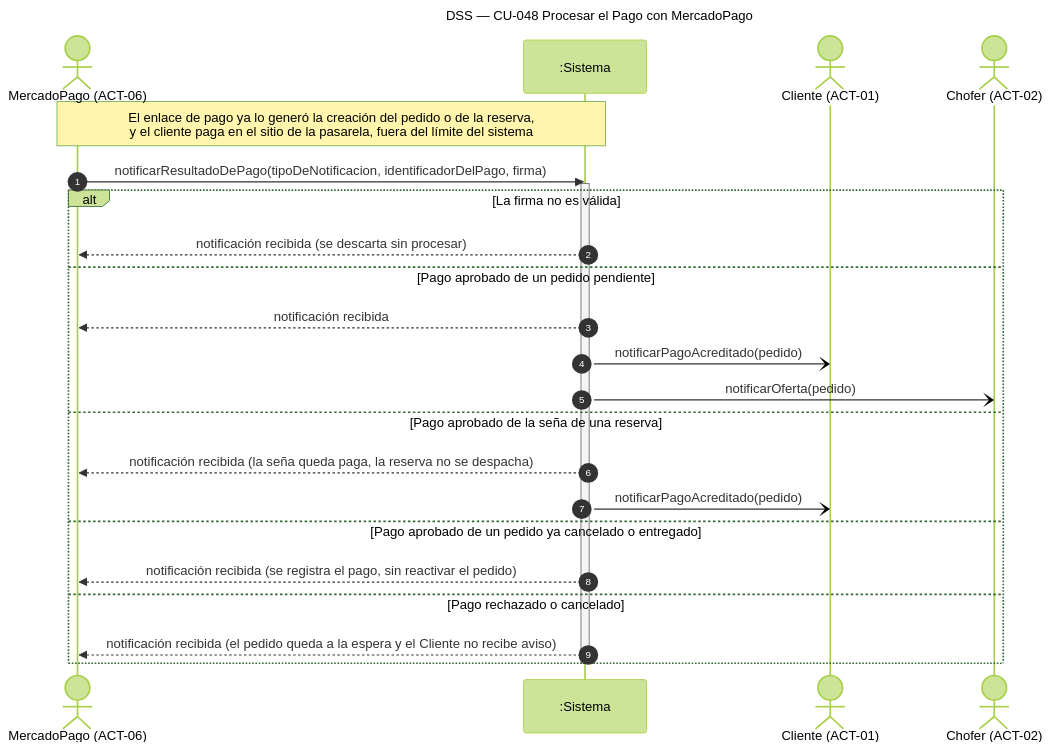
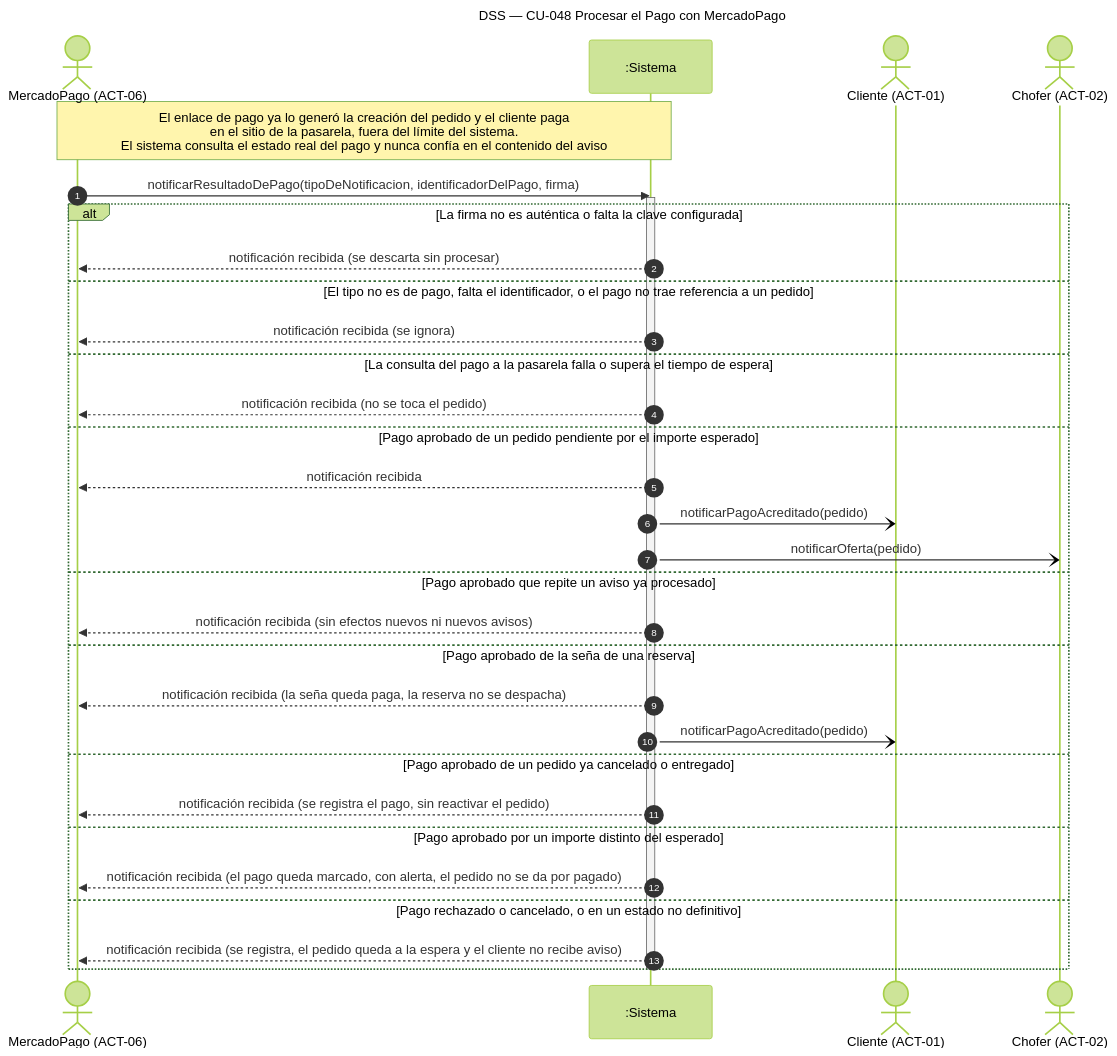
The diagram in diagramas/DSS_CU-048_Procesar-el-Pago-con-MercadoPago.mmd (Nahuelito-Dev/splg-docs), drawn with Mermaid (forest theme) before and after one commit. The commit also changed 65 other files, not shown here.

Commit message:
docs(catedra): Documento 2 de Análisis según la plantilla, con los 21 casos de uso esenciales y el comportamiento de los 10 con interacción del actor

```diff
--- a/diagramas/DSS_CU-048_Procesar-el-Pago-con-MercadoPago.mmd
+++ b/diagramas/DSS_CU-048_Procesar-el-Pago-con-MercadoPago.mmd
@@ -1,27 +1,34 @@
 sequenceDiagram
     title DSS — CU-048 Procesar el Pago con MercadoPago
     autonumber
     actor MP as MercadoPago (ACT-06)
     participant SIS as :Sistema
     actor CLI as Cliente (ACT-01)
     actor CHO as Chofer (ACT-02)
 
-    Note over MP,SIS: El enlace de pago ya lo generó la creación del pedido o de la reserva,<br/>y el cliente paga en el sitio de la pasarela, fuera del límite del sistema
-
+    Note over MP,SIS: El enlace de pago ya lo generó la creación del pedido y el cliente paga<br/>en el sitio de la pasarela, fuera del límite del sistema.<br/>El sistema consulta el estado real del pago y nunca confía en el contenido del aviso
     MP->>SIS: notificarResultadoDePago(tipoDeNotificacion, identificadorDelPago, firma)
     activate SIS
-    alt La firma no es válida
+    alt La firma no es auténtica o falta la clave configurada
         SIS-->>MP: notificación recibida (se descarta sin procesar)
-    else Pago aprobado de un pedido pendiente
+    else El tipo no es de pago, falta el identificador, o el pago no trae referencia a un pedido
+        SIS-->>MP: notificación recibida (se ignora)
+    else La consulta del pago a la pasarela falla o supera el tiempo de espera
+        SIS-->>MP: notificación recibida (no se toca el pedido)
+    else Pago aprobado de un pedido pendiente por el importe esperado
         SIS-->>MP: notificación recibida
         SIS-)CLI: notificarPagoAcreditado(pedido)
         SIS-)CHO: notificarOferta(pedido)
+    else Pago aprobado que repite un aviso ya procesado
+        SIS-->>MP: notificación recibida (sin efectos nuevos ni nuevos avisos)
     else Pago aprobado de la seña de una reserva
         SIS-->>MP: notificación recibida (la seña queda paga, la reserva no se despacha)
         SIS-)CLI: notificarPagoAcreditado(pedido)
     else Pago aprobado de un pedido ya cancelado o entregado
         SIS-->>MP: notificación recibida (se registra el pago, sin reactivar el pedido)
-    else Pago rechazado o cancelado
-        SIS-->>MP: notificación recibida (el pedido queda a la espera y el Cliente no recibe aviso)
+    else Pago aprobado por un importe distinto del esperado
+        SIS-->>MP: notificación recibida (el pago queda marcado, con alerta, el pedido no se da por pagado)
+    else Pago rechazado o cancelado, o en un estado no definitivo
+        SIS-->>MP: notificación recibida (se registra, el pedido queda a la espera y el cliente no recibe aviso)
     end
     deactivate SIS
```
